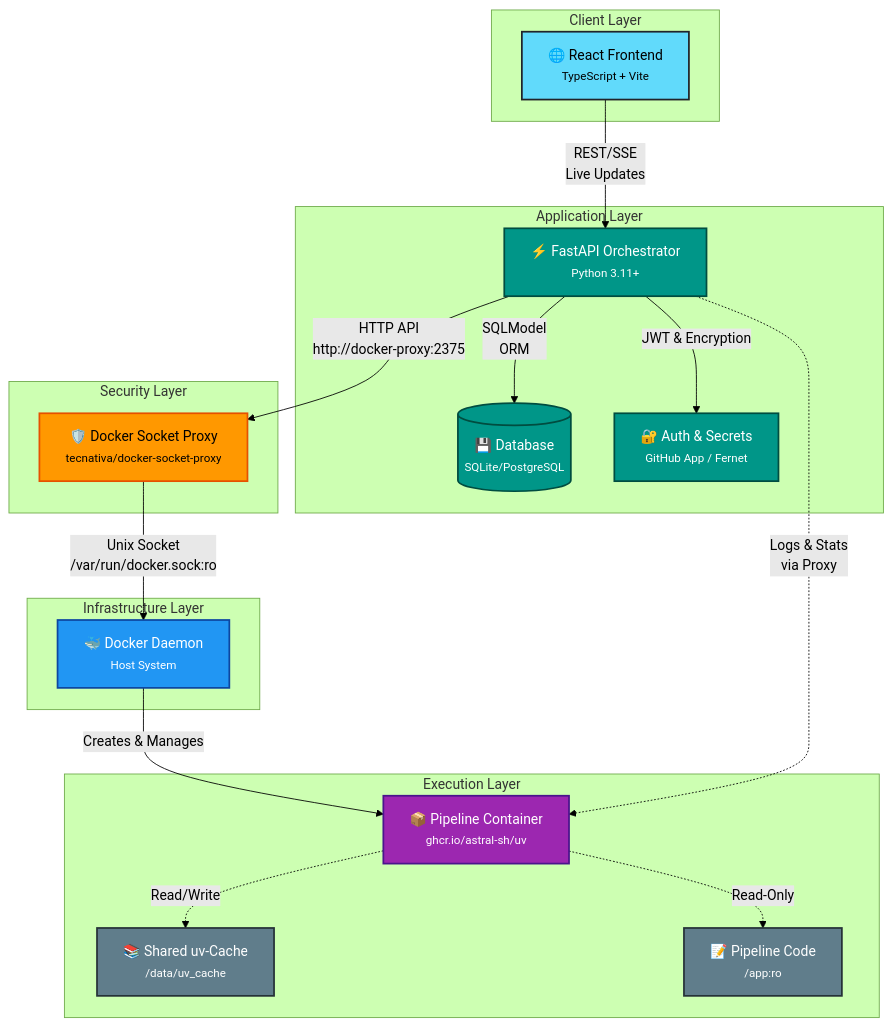
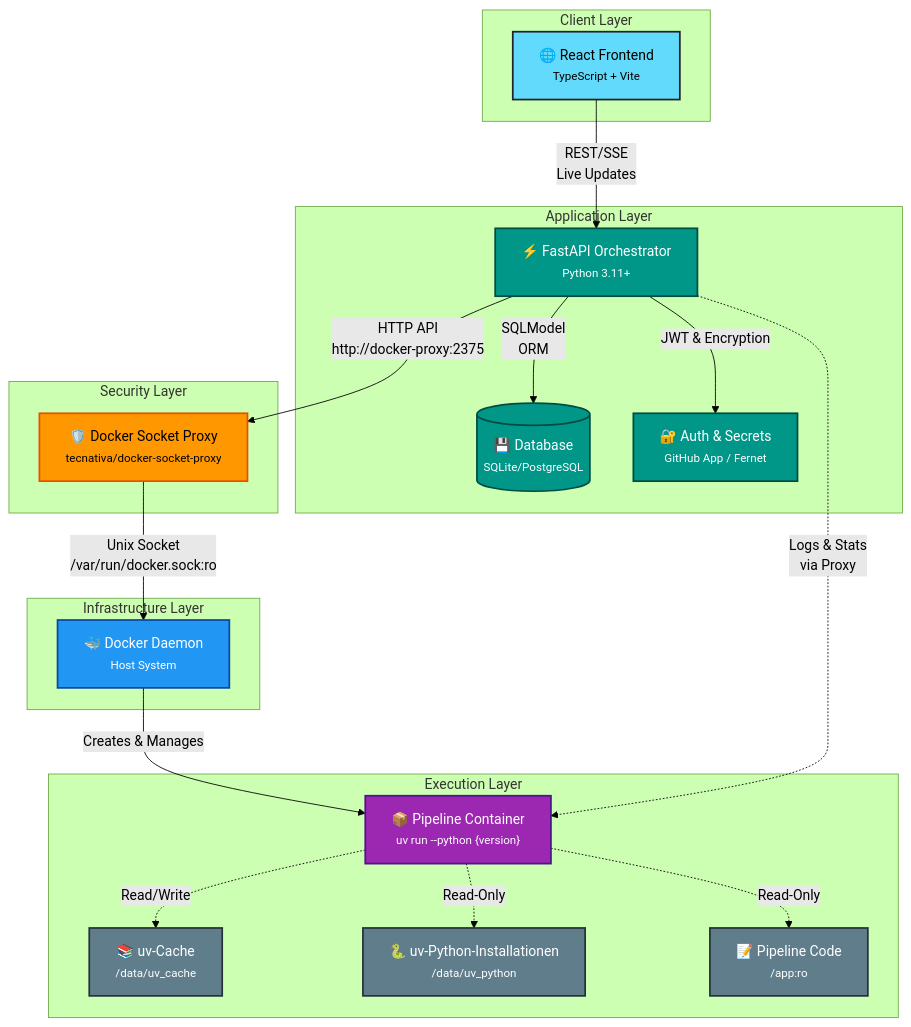
Before and after one commit to ttuhin03/fastflow: the diagram in README.md, drawn with Mermaid (forest theme). The commit also changed other lines of this file and 18 other files, not shown here.

First line of the commit message:
feat: Enhance Python version management and preheating in Fast-Flow

````diff
--- a/README.md
+++ b/README.md
@@ -152,50 +153,52 @@
 ```mermaid
 graph TB
     subgraph "Client Layer"
         A["🌐 React Frontend<br/><small>TypeScript + Vite</small>"]
     end
     
     subgraph "Application Layer"
         B["⚡ FastAPI Orchestrator<br/><small>Python 3.11+</small>"]
         C[("💾 Database<br/><small>SQLite/PostgreSQL</small>")]
         D["🔐 Auth & Secrets<br/><small>GitHub App / Fernet</small>"]
     end
     
     subgraph "Security Layer"
         E["🛡️ Docker Socket Proxy<br/><small>tecnativa/docker-socket-proxy</small>"]
     end
     
     subgraph "Infrastructure Layer"
         F["🐳 Docker Daemon<br/><small>Host System</small>"]
     end
     
     subgraph "Execution Layer"
-        G["📦 Pipeline Container<br/><small>ghcr.io/astral-sh/uv</small>"]
-        H["📚 Shared uv-Cache<br/><small>/data/uv_cache</small>"]
+        G["📦 Pipeline Container<br/><small>uv run --python {version}</small>"]
+        H["📚 uv-Cache<br/><small>/data/uv_cache</small>"]
+        J["🐍 uv-Python-Installationen<br/><small>/data/uv_python</small>"]
         I["📝 Pipeline Code<br/><small>/app:ro</small>"]
     end
     
     A -->|"REST/SSE<br/>Live Updates"| B
     B -->|"SQLModel<br/>ORM"| C
     B -->|"JWT & Encryption"| D
     B -->|"HTTP API<br/>http://docker-proxy:2375"| E
     E -->|"Unix Socket<br/>/var/run/docker.sock:ro"| F
     F -->|"Creates & Manages"| G
     G -.->|"Read/Write"| H
+    G -.->|"Read-Only"| J
     G -.->|"Read-Only"| I
     B -.->|"Logs & Stats<br/>via Proxy"| G
     
     classDef frontend fill:#61dafb,stroke:#20232a,stroke-width:2px,color:#000
     classDef backend fill:#009688,stroke:#004d40,stroke-width:2px,color:#fff
     classDef security fill:#ff9800,stroke:#e65100,stroke-width:2px,color:#000
     classDef infra fill:#2196f3,stroke:#0d47a1,stroke-width:2px,color:#fff
     classDef execution fill:#9c27b0,stroke:#4a148c,stroke-width:2px,color:#fff
     classDef storage fill:#607d8b,stroke:#263238,stroke-width:2px,color:#fff
     
     class A frontend
     class B,C,D backend
     class E security
     class F infra
     class G execution
-    class H,I storage
+    class H,I,J storage
 ```
````
